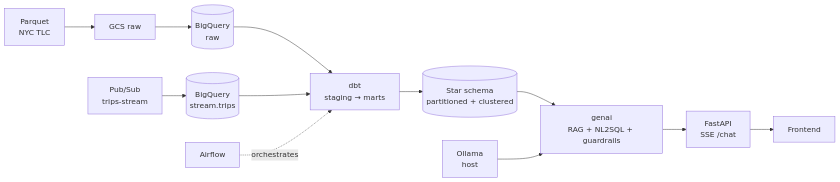
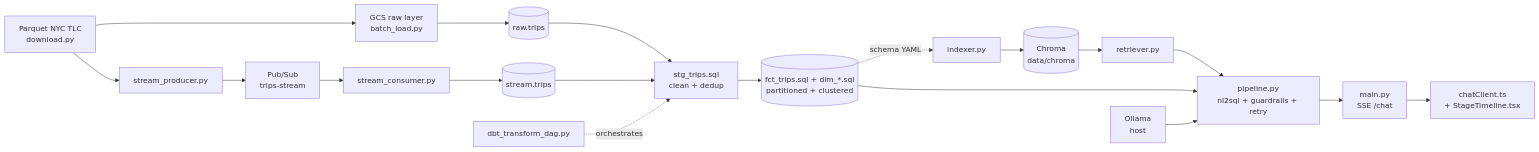
One commit to jundymek/taxi-chat-data changed the diagram in README.md. Above: the diagram before and after it, drawn with Mermaid. The commit also changed other lines of this file and 2 other files, not shown here.

First line of the commit message:
docs: add a file-by-file walkthrough of the data path

````diff
--- a/README.md
+++ b/README.md
@@ -11,14 +13,18 @@
 ```mermaid
 flowchart LR
-  P[Parquet<br/>NYC TLC] --> G[GCS raw]
-  G --> BQR[(BigQuery<br/>raw)]
-  PS[Pub/Sub<br/>trips-stream] --> BQS[(BigQuery<br/>stream.trips)]
-  BQR --> DBT[dbt<br/>staging → marts]
-  BQS --> DBT
-  DBT --> DW[(Star schema<br/>partitioned + clustered)]
-  DW --> GEN[genai<br/>RAG + NL2SQL + guardrails]
-  OLL[Ollama<br/>host] --> GEN
-  GEN --> API[FastAPI<br/>SSE /chat]
-  API --> FE[Frontend]
-  AF[Airflow] -.orchestrates.-> DBT
+  P[Parquet NYC TLC<br/>download.py] --> G[GCS raw layer<br/>batch_load.py]
+  G --> BQR[(raw.trips)]
+  P --> PROD[stream_producer.py] --> PS[Pub/Sub<br/>trips-stream] --> CONS[stream_consumer.py]
+  CONS --> BQS[(stream.trips)]
+  BQR --> STG[stg_trips.sql<br/>clean + dedup]
+  BQS --> STG
+  STG --> DW[(fct_trips.sql + dim_*.sql<br/>partitioned + clustered)]
+  DW -.schema YAML.-> IDX[indexer.py] --> CHR[(Chroma<br/>data/chroma)]
+  CHR --> RET[retriever.py]
+  RET --> PIPE[pipeline.py<br/>nl2sql + guardrails + retry]
+  DW --> PIPE
+  OLL[Ollama<br/>host] --> PIPE
+  PIPE --> API[main.py<br/>SSE /chat]
+  API --> FE[chatClient.ts<br/>+ StageTimeline.tsx]
+  AF[dbt_transform_dag.py] -.orchestrates.-> STG
 ```
````
